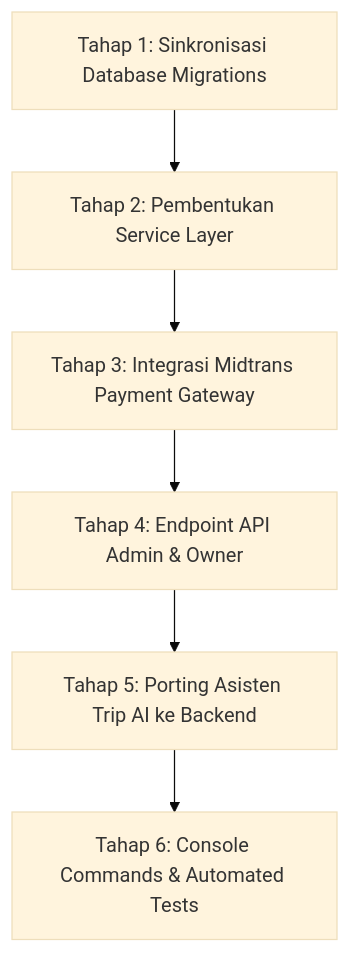
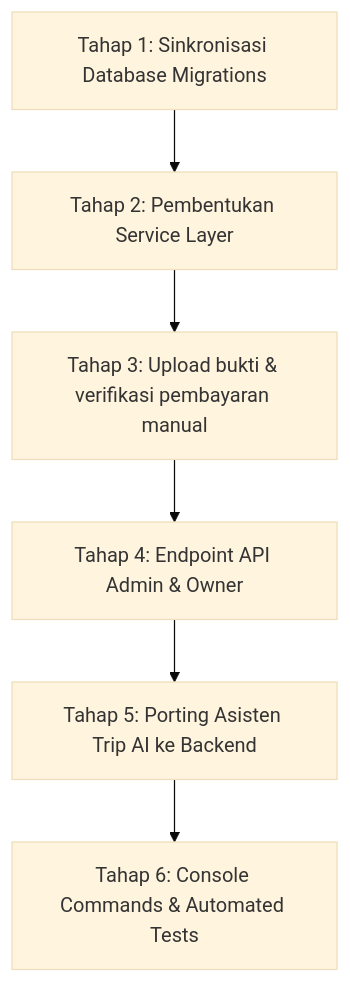
The diagram in annapurna/catatan-backend.md (Dsharlendita/Annapurna), drawn with Mermaid (base theme) before and after one commit. The commit also changed other lines of this file, not shown here.

Commit message:
Hapus rencana Midtrans: pembayaran dikonfirmasi manual oleh staff (keputusan mitra)

````diff
--- a/annapurna/catatan-backend.md
+++ b/annapurna/catatan-backend.md
@@ -134,8 +122,8 @@
 ```mermaid
 graph TD
     A[Tahap 1: Sinkronisasi Database Migrations] --> B[Tahap 2: Pembentukan Service Layer]
-    B --> C[Tahap 3: Integrasi Midtrans Payment Gateway]
+    B --> C[Tahap 3: Upload bukti & verifikasi pembayaran manual]
     C --> D[Tahap 4: Endpoint API Admin & Owner]
     D --> E[Tahap 5: Porting Asisten Trip AI ke Backend]
     E --> F[Tahap 6: Console Commands & Automated Tests]
 ```
````
